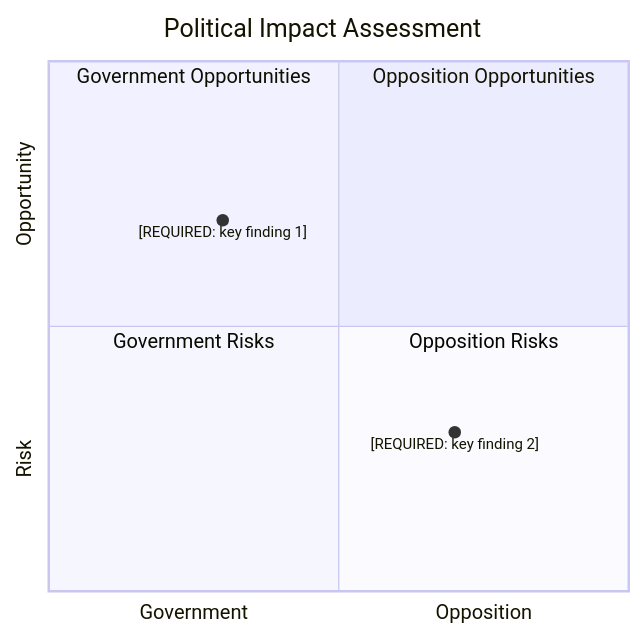
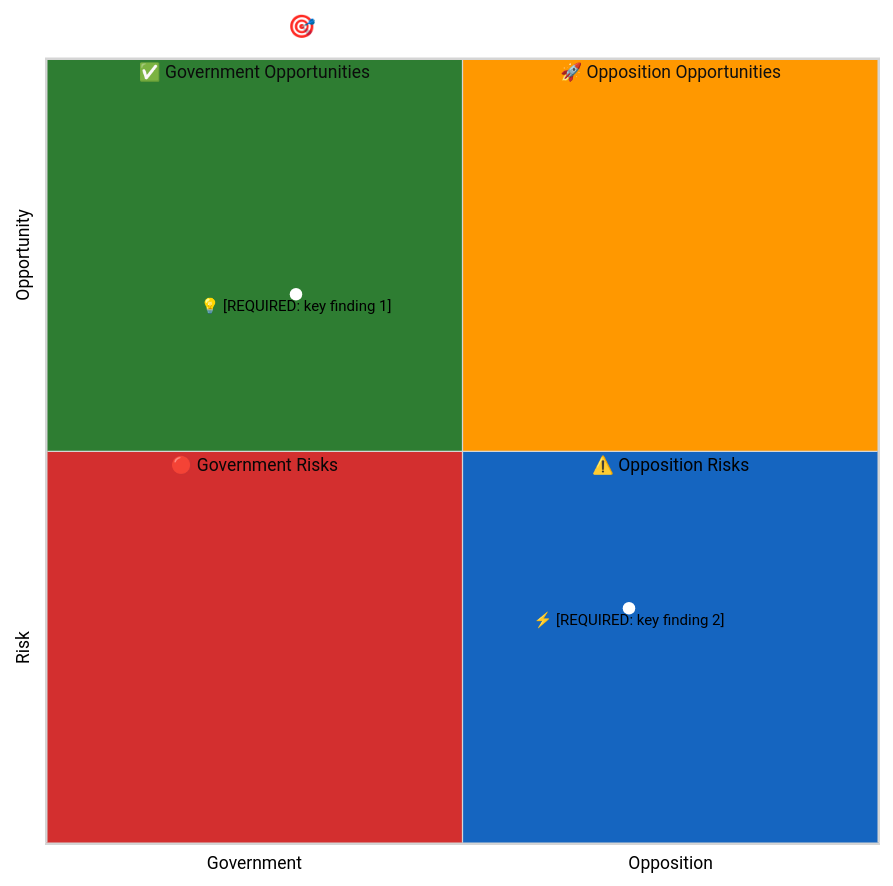
Before and after one commit to Hack23/riksdagsmonitor: the second of 5 diagrams in analysis/templates/per-file-political-intelligence.md, drawn with Mermaid. The commit also changed other lines of this file and 14 other files, not shown here.

First line of the commit message:
Align analysis/ mermaid diagrams with ISMS Style Guide palette and convert SWOT to quadrantChart

````diff
--- a/analysis/templates/per-file-political-intelligence.md
+++ b/analysis/templates/per-file-political-intelligence.md
@@ -109,13 +109,36 @@
 ```mermaid
+%%{init: {
+  "theme": "neutral",
+  "themeVariables": {
+    "quadrant1Fill": "#FF9800",
+    "quadrant2Fill": "#2E7D32",
+    "quadrant3Fill": "#D32F2F",
+    "quadrant4Fill": "#1565C0",
+    "quadrantTitleFill": "#ffffff",
+    "quadrantPointFill": "#ffffff",
+    "quadrantPointTextFill": "#000000",
+    "quadrantXAxisTextFill": "#000000",
+    "quadrantYAxisTextFill": "#000000"
+  },
+  "quadrantChart": {
+    "chartWidth": 700,
+    "chartHeight": 700,
+    "pointLabelFontSize": 12,
+    "titleFontSize": 18,
+    "quadrantLabelFontSize": 14,
+    "xAxisLabelFontSize": 14,
+    "yAxisLabelFontSize": 14
+  }
+}}%%
 quadrantChart
-    title Political Impact Assessment
+    title 🎯 Political Impact Assessment
     x-axis Government --> Opposition
     y-axis Risk --> Opportunity
-    quadrant-1 Opposition Opportunities
-    quadrant-2 Government Opportunities
-    quadrant-3 Government Risks
-    quadrant-4 Opposition Risks
-    
-    "[REQUIRED: key finding 1]": [0.3, 0.7]
-    "[REQUIRED: key finding 2]": [0.7, 0.3]
+    quadrant-1 🚀 Opposition Opportunities
+    quadrant-2 ✅ Government Opportunities
+    quadrant-3 🔴 Government Risks
+    quadrant-4 ⚠️ Opposition Risks
+
+    "💡 [REQUIRED: key finding 1]": [0.30, 0.70]
+    "⚡ [REQUIRED: key finding 2]": [0.70, 0.30]
 ```
````
